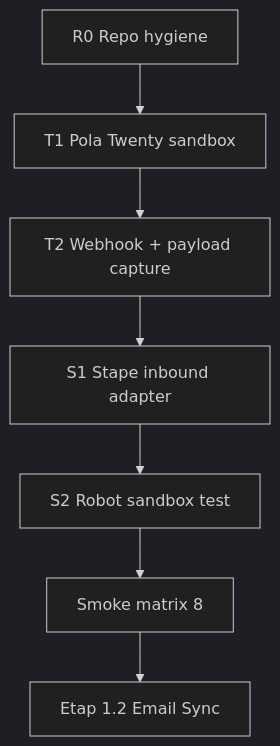
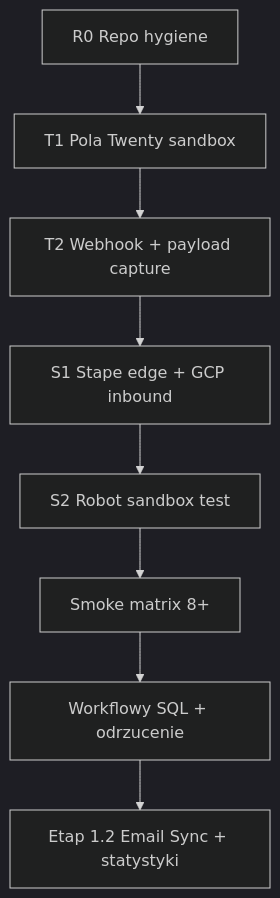
One commit to Owocni/owocni-crm-twenty changed the diagram in integrations/runbooks/TWENTY_ROLLOUT_MASTER.md. Above: the diagram before and after it, drawn with Mermaid (dark theme). The commit also changed other lines of this file and 52 other files, not shown here.

````diff
--- a/integrations/runbooks/TWENTY_ROLLOUT_MASTER.md
+++ b/integrations/runbooks/TWENTY_ROLLOUT_MASTER.md
@@ -43,9 +44,10 @@
 ```mermaid
 flowchart TD
   R0[R0 Repo hygiene] --> T1[T1 Pola Twenty sandbox]
   T1 --> T2[T2 Webhook + payload capture]
-  T2 --> S1[S1 Stape inbound adapter]
+  T2 --> S1[S1 Stape edge + GCP inbound]
   S1 --> S2[S2 Robot sandbox test]
-  S2 --> SM[Smoke matrix 8]
-  SM --> E12[Etap 1.2 Email Sync]
+  S2 --> SM[Smoke matrix 8+]
+  SM --> WF[Workflowy SQL + odrzucenie]
+  WF --> E12[Etap 1.2 Email Sync + statystyki]
 ```
````
